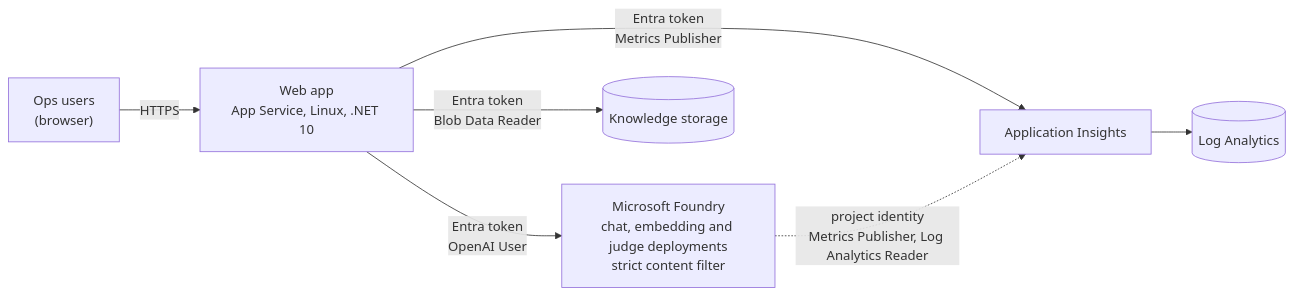
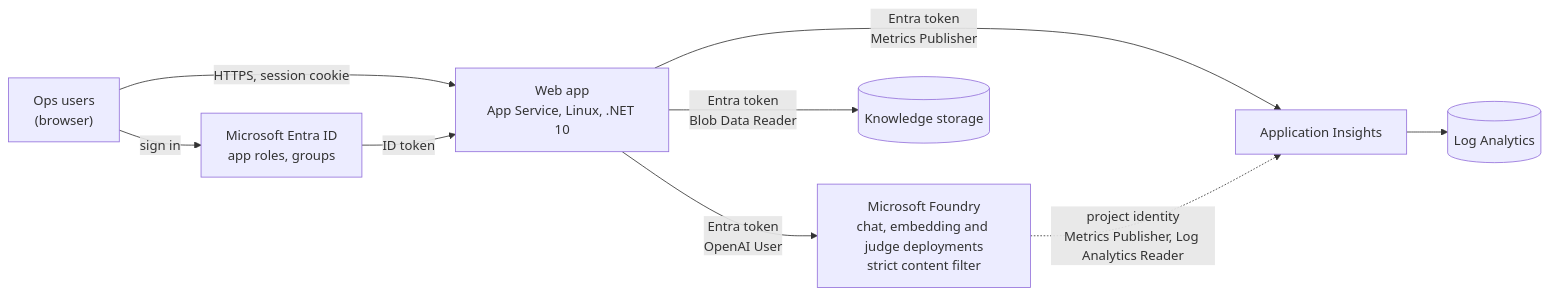
One commit to ankurparekh1988/payment-ops-investigation-agent changed the first of 2 diagrams in docs/Architecture.md. Above: the diagram before and after it, drawn with Mermaid. The commit also changed other lines of this file and 5 other files, not shown here.

First line of the commit message:
docs: document sign-in, roles and the identity deployment

````diff
--- a/docs/Architecture.md
+++ b/docs/Architecture.md
@@ -21,9 +23,11 @@
 ```mermaid
 flowchart LR
-  U["Ops users<br/>(browser)"] -->|HTTPS| APP["Web app<br/>App Service, Linux, .NET 10"]
+  U["Ops users<br/>(browser)"] -->|HTTPS, session cookie| APP["Web app<br/>App Service, Linux, .NET 10"]
+  U -->|sign in| E["Microsoft Entra ID<br/>app roles, groups"]
+  E -->|ID token| APP
   APP -->|"Entra token<br/>OpenAI User"| F["Microsoft Foundry<br/>chat, embedding and judge deployments<br/>strict content filter"]
   APP -->|"Entra token<br/>Blob Data Reader"| ST[("Knowledge storage")]
   APP -->|"Entra token<br/>Metrics Publisher"| AI["Application Insights"]
   AI --> LA[("Log Analytics")]
   F -.->|"project identity<br/>Metrics Publisher, Log Analytics Reader"| AI
 ```
````
